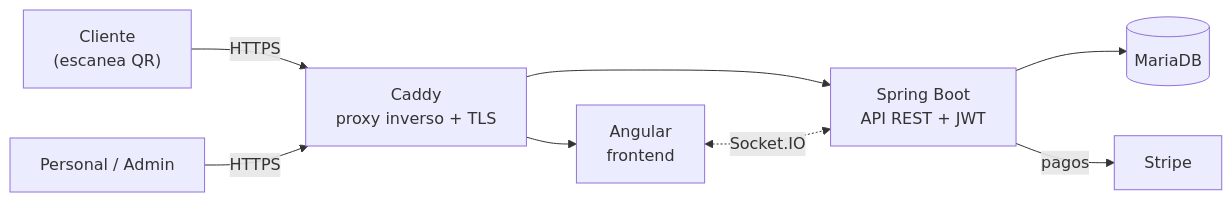
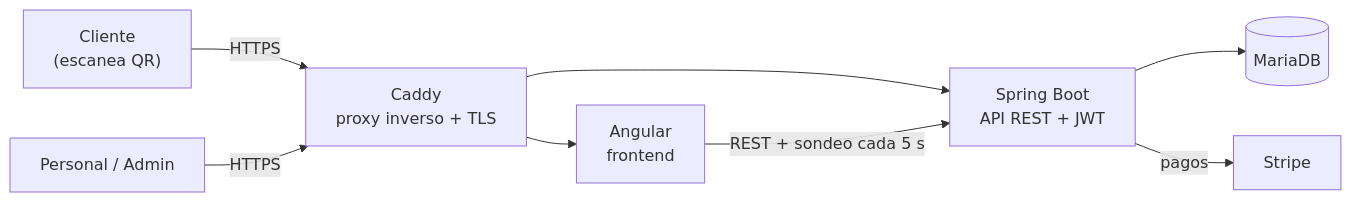
Before and after one commit to juanparejog/BarHub2.0: the first of 2 diagrams in README.md, drawn with Mermaid. The commit also changed other lines of this file and 13 other files, not shown here.

````diff
--- a/README.md
+++ b/README.md
@@ -92,10 +92,10 @@
 ```mermaid
 flowchart LR
     C["Cliente<br/>(escanea QR)"] -->|HTTPS| P["Caddy<br/>proxy inverso + TLS"]
     S["Personal / Admin"] -->|HTTPS| P
     P --> F["Angular<br/>frontend"]
     P --> B["Spring Boot<br/>API REST + JWT"]
-    F <-.->|Socket.IO| B
+    F -->|REST + sondeo cada 5 s| B
     B --> D[("MariaDB")]
     B -->|pagos| T["Stripe"]
 ```
````
